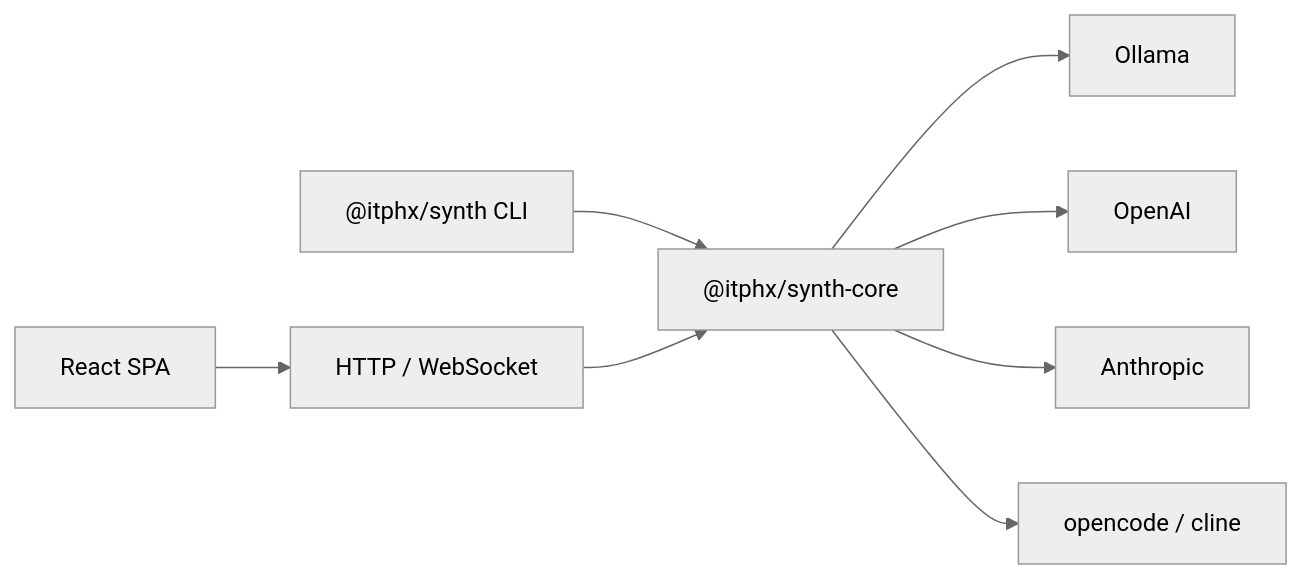
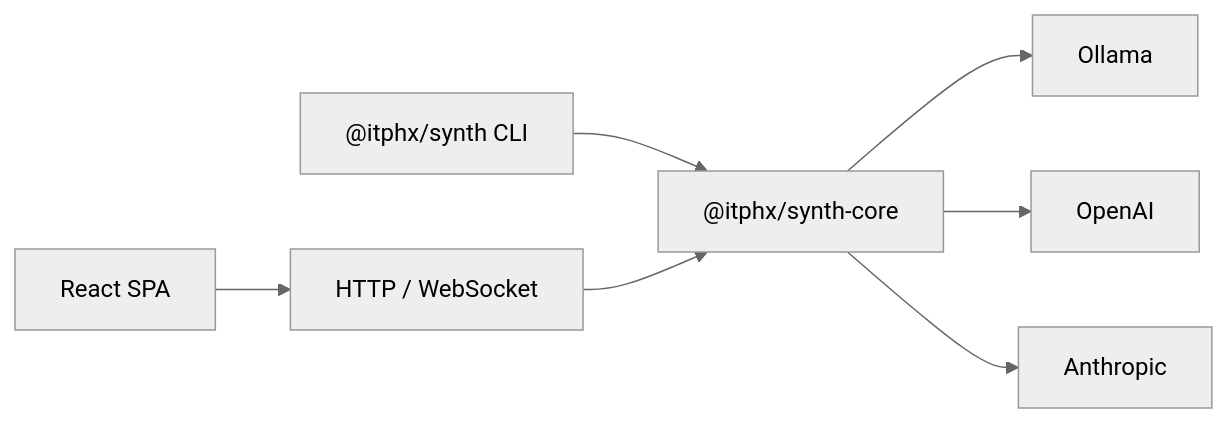
Before and after one commit to itphx/synth: the diagram in README.md, drawn with Mermaid (neutral theme). The commit also changed other lines of this file and 4 other files, not shown here.

````diff
--- a/README.md
+++ b/README.md
@@ -14,10 +14,9 @@
 ```mermaid
 flowchart LR
     CLI["@itphx/synth CLI"] --> Core["@itphx/synth-core"]
     UI["React SPA"] --> API["HTTP / WebSocket"]
     API --> Core
     Core --> Ollama["Ollama"]
     Core --> OpenAI["OpenAI"]
     Core --> Anthropic["Anthropic"]
-    Core --> Runners["opencode / cline"]
 ```
````
